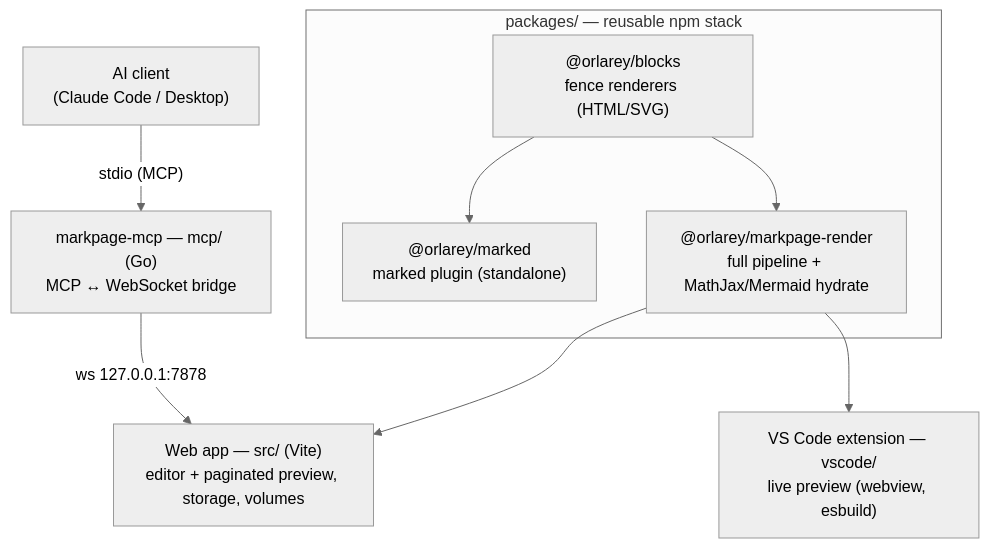
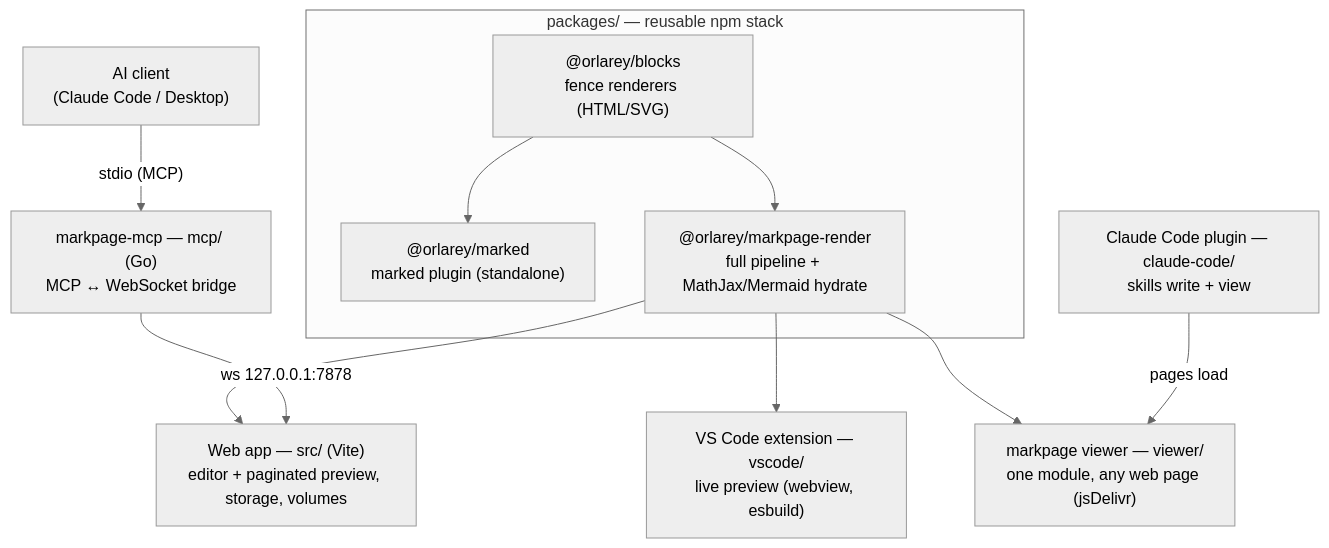
Before and after one commit to orlarey/markpage: the diagram in README.md, drawn with Mermaid (neutral theme). The commit also changed other lines of this file and 26 other files, not shown here.

````diff
--- a/README.md
+++ b/README.md
@@ -165,18 +189,22 @@
 ```mermaid
 flowchart TB
   subgraph pkgs["packages/ — reusable npm stack"]
     blocks["@orlarey/blocks<br/>fence renderers (HTML/SVG)"]
     marked["@orlarey/marked<br/>marked plugin (standalone)"]
     core["@orlarey/markpage-render<br/>full pipeline + MathJax/Mermaid hydrate"]
     blocks --> marked
     blocks --> core
   end
   app["Web app — src/ (Vite)<br/>editor + paginated preview, storage, volumes"]
   ext["VS Code extension — vscode/<br/>live preview (webview, esbuild)"]
   mcp["markpage-mcp — mcp/ (Go)<br/>MCP ↔ WebSocket bridge"]
   ai["AI client<br/>(Claude Code / Desktop)"]
+  viewer["markpage viewer — viewer/<br/>one module, any web page (jsDelivr)"]
+  plugin["Claude Code plugin — claude-code/<br/>skills write + view"]
   core --> app
   core --> ext
+  core --> viewer
+  plugin -->|"pages load"| viewer
   ai -->|"stdio (MCP)"| mcp
   mcp -->|"ws 127.0.0.1:7878"| app
 ```
````
